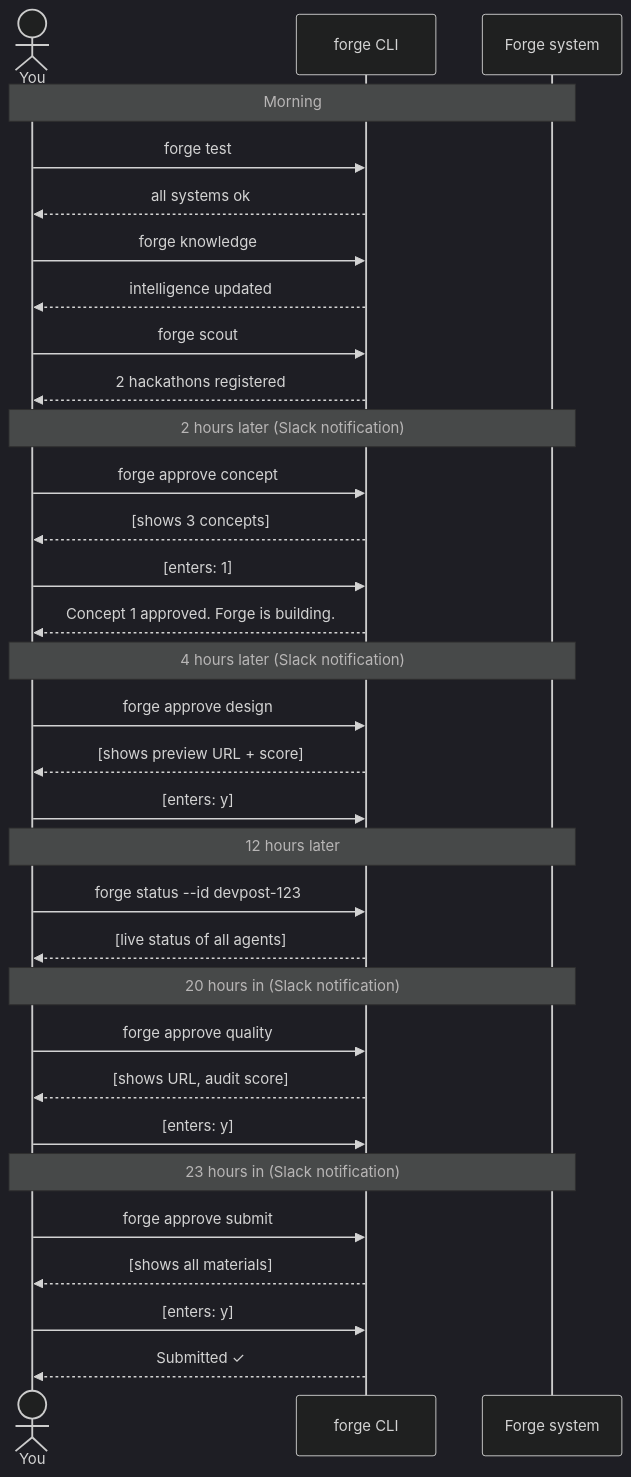
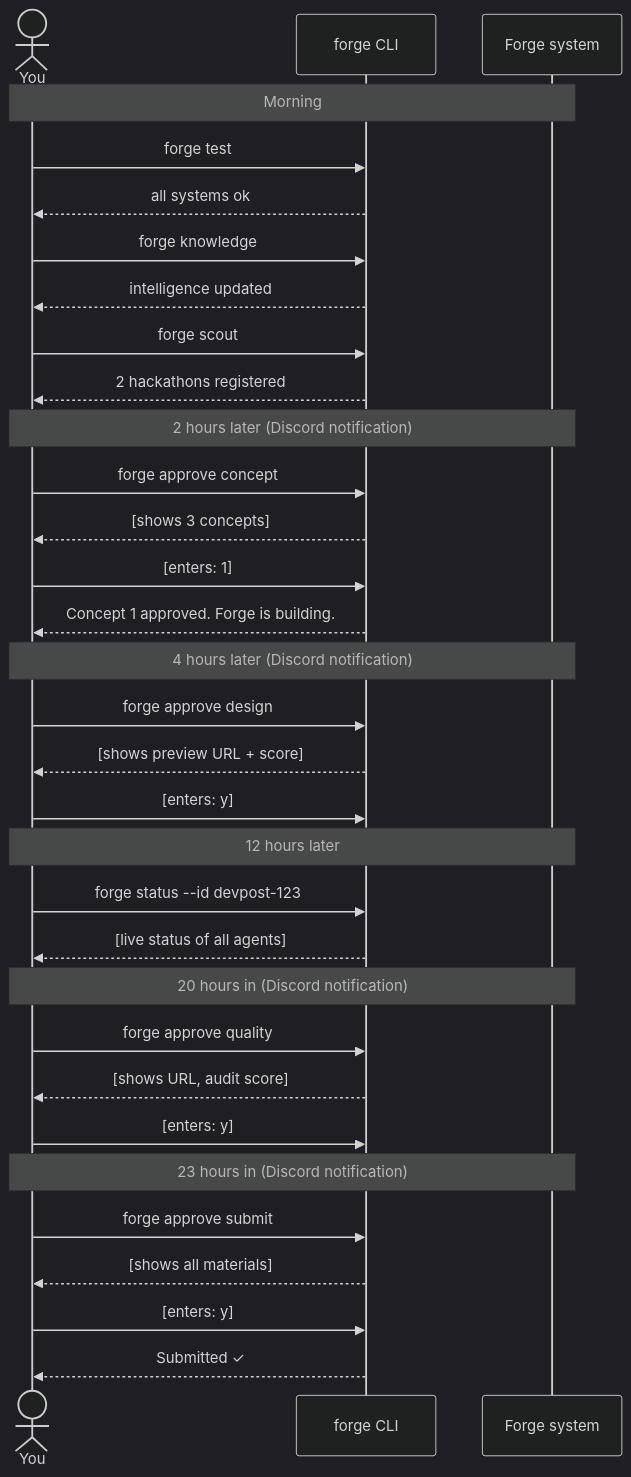
One commit to snowby666/forge changed the second of 2 diagrams in docs/08-cli-reference.md. Above: the diagram before and after it, drawn with Mermaid (dark theme). The commit also changed 10 other files, not shown here.

````diff
--- a/docs/08-cli-reference.md
+++ b/docs/08-cli-reference.md
@@ -285,42 +285,42 @@
 ```mermaid
 sequenceDiagram
     actor You
     participant CLI as forge CLI
     participant SYS as Forge system
 
     Note over You,SYS: Morning
     You->>CLI: forge test
     CLI-->>You: all systems ok
 
     You->>CLI: forge knowledge
     CLI-->>You: intelligence updated
 
     You->>CLI: forge scout
     CLI-->>You: 2 hackathons registered
 
-    Note over You,SYS: 2 hours later (Slack notification)
+    Note over You,SYS: 2 hours later (Discord notification)
     You->>CLI: forge approve concept
     CLI-->>You: [shows 3 concepts]
     You->>CLI: [enters: 1]
     CLI-->>You: Concept 1 approved. Forge is building.
 
-    Note over You,SYS: 4 hours later (Slack notification)
+    Note over You,SYS: 4 hours later (Discord notification)
     You->>CLI: forge approve design
     CLI-->>You: [shows preview URL + score]
     You->>CLI: [enters: y]
 
     Note over You,SYS: 12 hours later
     You->>CLI: forge status --id devpost-123
     CLI-->>You: [live status of all agents]
 
-    Note over You,SYS: 20 hours in (Slack notification)
+    Note over You,SYS: 20 hours in (Discord notification)
     You->>CLI: forge approve quality
     CLI-->>You: [shows URL, audit score]
     You->>CLI: [enters: y]
 
-    Note over You,SYS: 23 hours in (Slack notification)
+    Note over You,SYS: 23 hours in (Discord notification)
     You->>CLI: forge approve submit
     CLI-->>You: [shows all materials]
     You->>CLI: [enters: y]
     CLI-->>You: Submitted ✓
 ```
````
